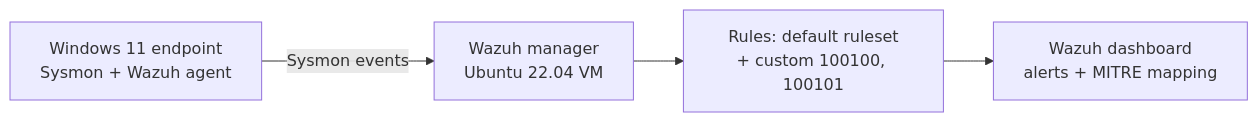
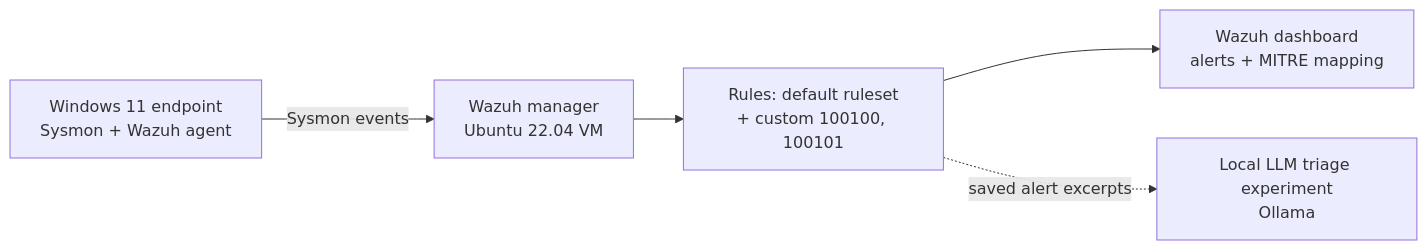
The diagram in README.md (EddyLeo23/soc-home-lab), drawn with Mermaid before and after one commit. The commit also changed other lines of this file and 1 other file, not shown here.

Commit message:
Document AI triage comparison; update README for Phase 2 progress

````diff
--- a/README.md
+++ b/README.md
@@ -11,6 +11,7 @@
 ```mermaid
 flowchart LR
   A["Windows 11 endpoint<br/>Sysmon + Wazuh agent"] -->|Sysmon events| B["Wazuh manager<br/>Ubuntu 22.04 VM"]
   B --> C["Rules: default ruleset<br/>+ custom 100100, 100101"]
   C --> D["Wazuh dashboard<br/>alerts + MITRE mapping"]
+  C -.->|saved alert excerpts| E["Local LLM triage experiment<br/>Ollama"]
 ```
````
